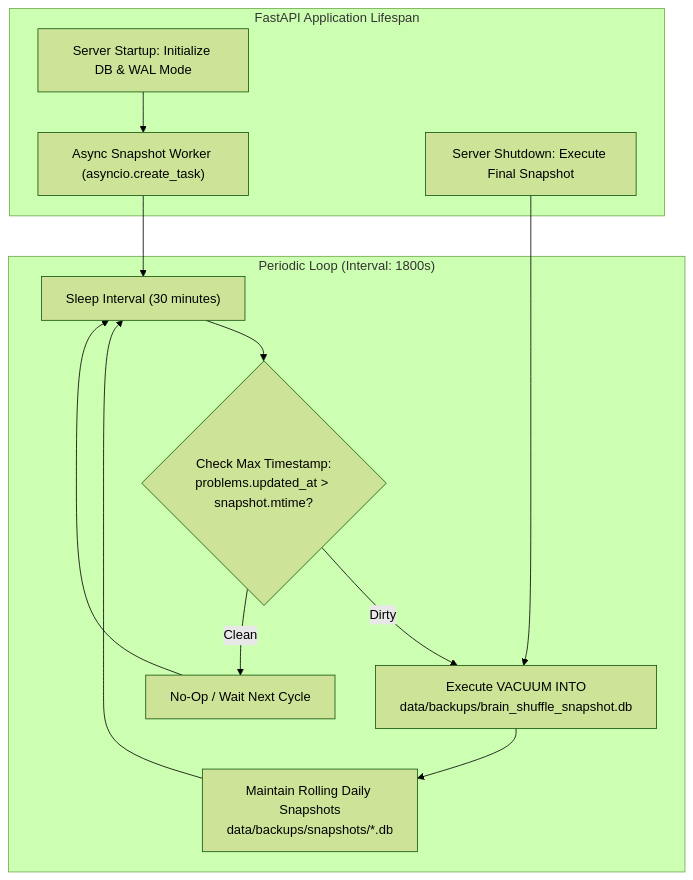
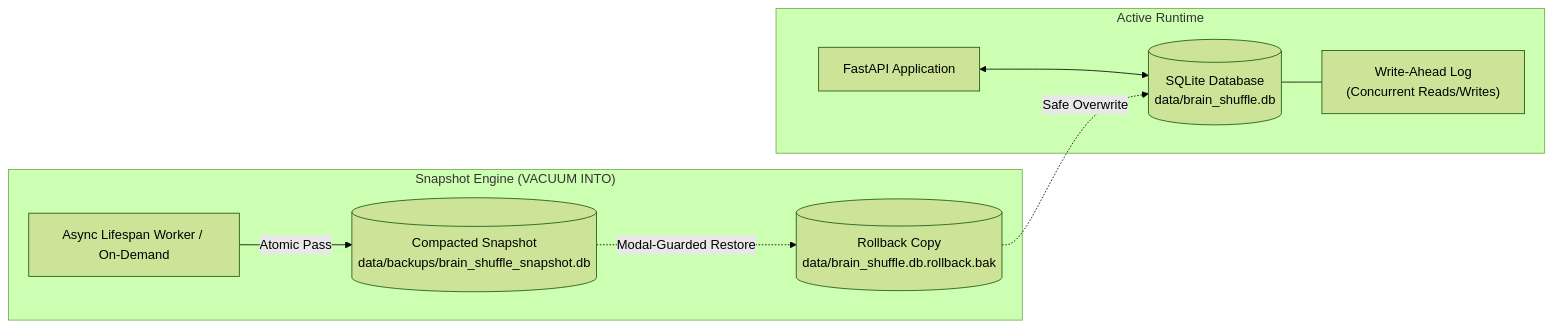
Before and after one commit to 92fueler/brain_shuffle: the sixth of 6 diagrams in docs/DESIGN.md, drawn with Mermaid (forest theme). The commit also changed other lines of this file and 13 other files, not shown here.

````diff
--- a/docs/DESIGN.md
+++ b/docs/DESIGN.md
@@ -439,26 +237,19 @@
 ```mermaid
-flowchart TD
-    subgraph LifespanManager["FastAPI Application Lifespan"]
-        Startup["Server Startup: Initialize DB & WAL Mode"]
-        Worker["Async Snapshot Worker (asyncio.create_task)"]
-        Shutdown["Server Shutdown: Execute Final Snapshot"]
+flowchart LR
+    subgraph Operational ["Active Runtime"]
+        App["FastAPI Application"]
+        DB[("SQLite Database<br/>data/brain_shuffle.db")]
+        WAL["Write-Ahead Log<br/>(Concurrent Reads/Writes)"]
+        App <--> DB
+        DB --- WAL
     end
 
-    subgraph EvaluationLoop["Periodic Loop (Interval: 1800s)"]
-        Sleep["Sleep Interval (30 minutes)"]
-        InspectDirty{"Check Max Timestamp:<br/>problems.updated_at > snapshot.mtime?"}
-        TakeSnapshot["Execute VACUUM INTO<br/>data/backups/brain_shuffle_snapshot.db"]
-        Rotate["Maintain Rolling Daily Snapshots<br/>data/backups/snapshots/*.db"]
-        Skip["No-Op / Wait Next Cycle"]
+    subgraph Snapshotting ["Snapshot Engine (VACUUM INTO)"]
+        Worker["Async Lifespan Worker / On-Demand"]
+        Snapshot[("Compacted Snapshot<br/>data/backups/brain_shuffle_snapshot.db")]
+        Rollback[("Rollback Copy<br/>data/brain_shuffle.db.rollback.bak")]
+        Worker -->|Atomic Pass| Snapshot
+        Snapshot -.->|Modal-Guarded Restore| Rollback
+        Rollback -.->|Safe Overwrite| DB
     end
-
-    Startup --> Worker
-    Worker --> Sleep
-    Sleep --> InspectDirty
-    InspectDirty -->|"Dirty"| TakeSnapshot
-    TakeSnapshot --> Rotate
-    Rotate --> Sleep
-    InspectDirty -->|"Clean"| Skip
-    Skip --> Sleep
-    Shutdown --> TakeSnapshot
 ```
````
